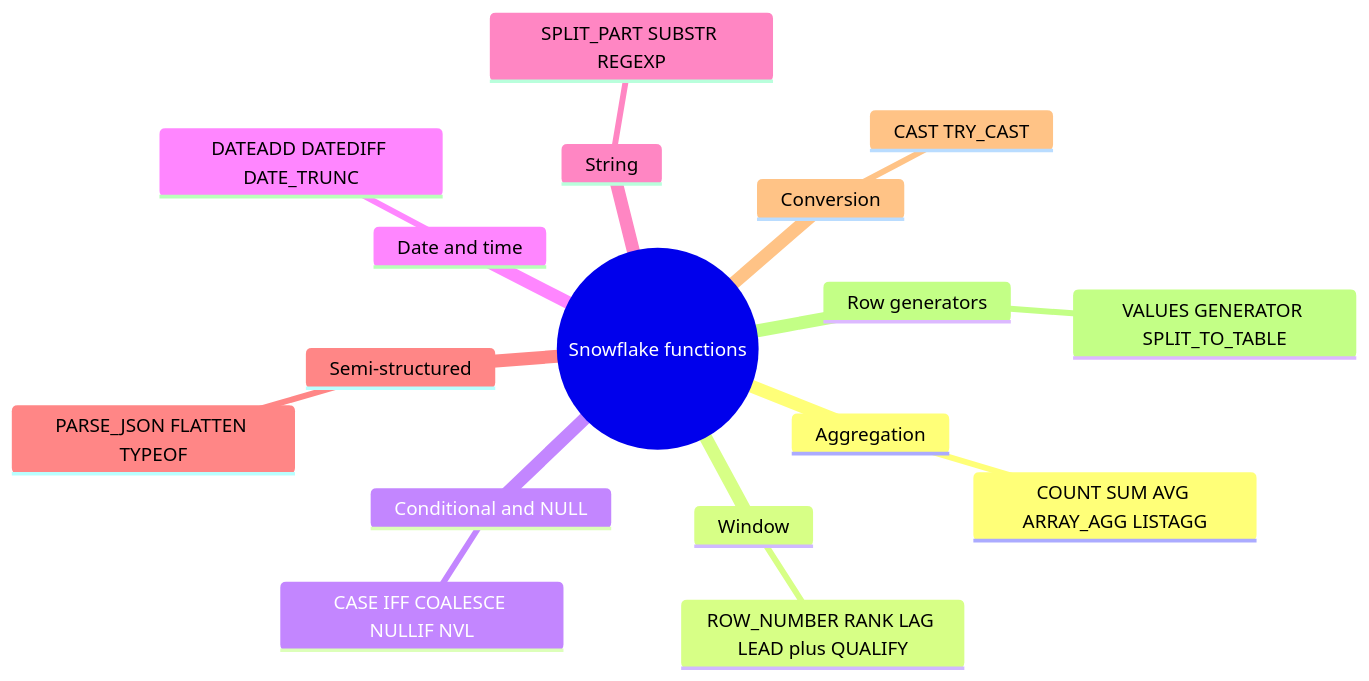
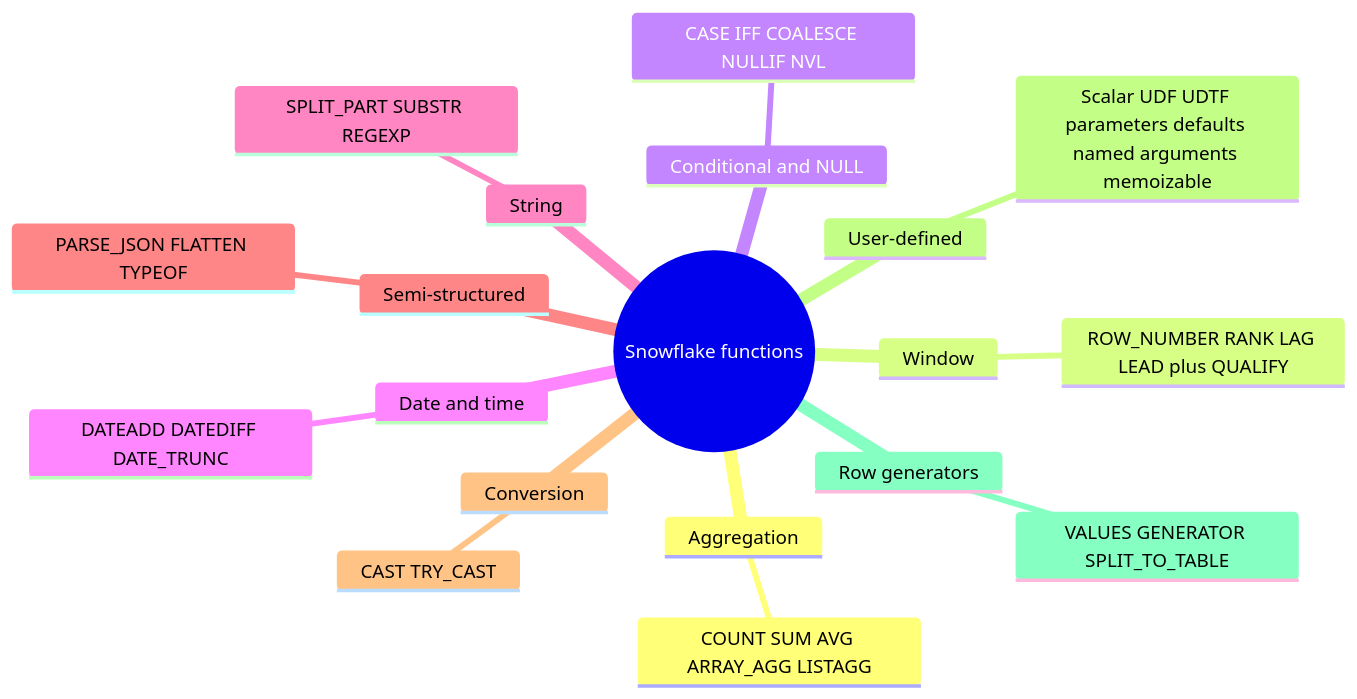
The first of 4 diagrams in 16-cloud-databases/01-snowflake/learning-materials/reference/snowflake_functions.md (RomanSidletskyi/rs-data-platform-roadmap), drawn with Mermaid before and after one commit. The commit also changed other lines of this file and 18 other files, not shown here.

````diff
--- a/16-cloud-databases/01-snowflake/learning-materials/reference/snowflake_functions.md
+++ b/16-cloud-databases/01-snowflake/learning-materials/reference/snowflake_functions.md
@@ -17,20 +17,22 @@
 ```mermaid
 mindmap
   root((Snowflake functions))
     Aggregation
       COUNT SUM AVG ARRAY_AGG LISTAGG
     Window
       ROW_NUMBER RANK LAG LEAD plus QUALIFY
     Conditional and NULL
       CASE IFF COALESCE NULLIF NVL
     Date and time
       DATEADD DATEDIFF DATE_TRUNC
     String
       SPLIT_PART SUBSTR REGEXP
     Semi-structured
       PARSE_JSON FLATTEN TYPEOF
     Conversion
       CAST TRY_CAST
+    User-defined
+      Scalar UDF UDTF parameters defaults named arguments memoizable
     Row generators
       VALUES GENERATOR SPLIT_TO_TABLE
 ```
````
